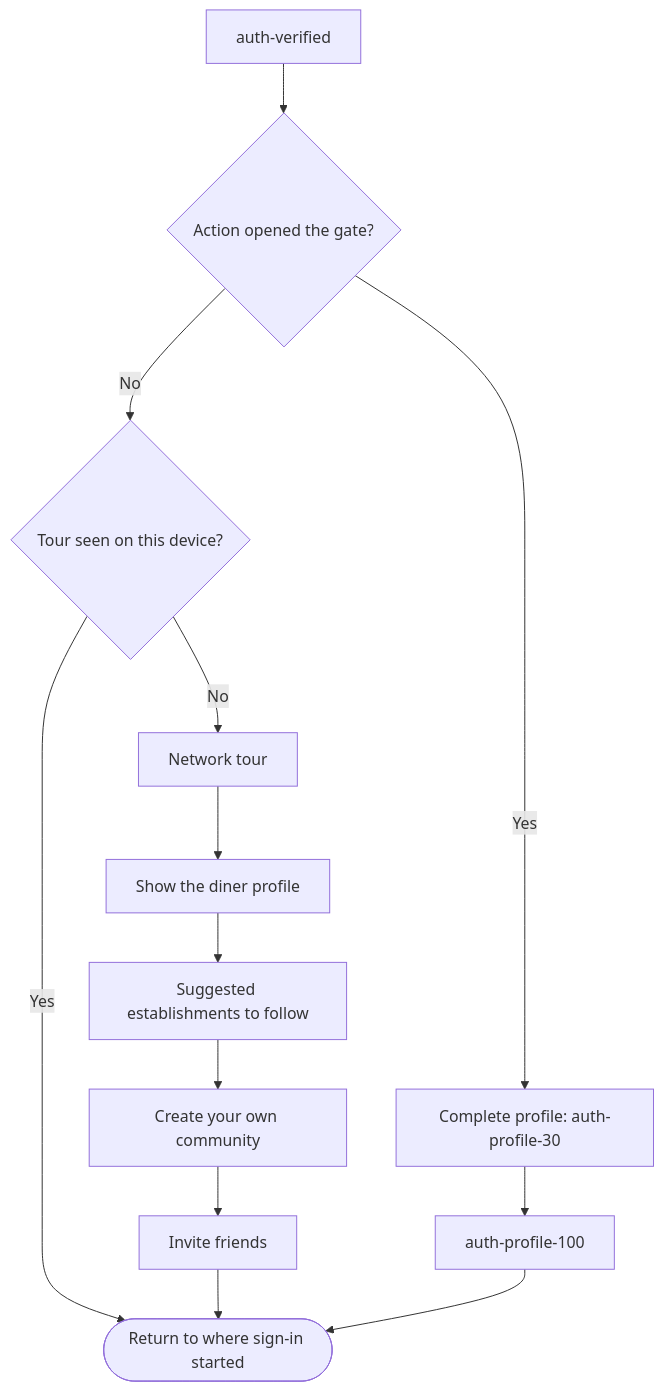
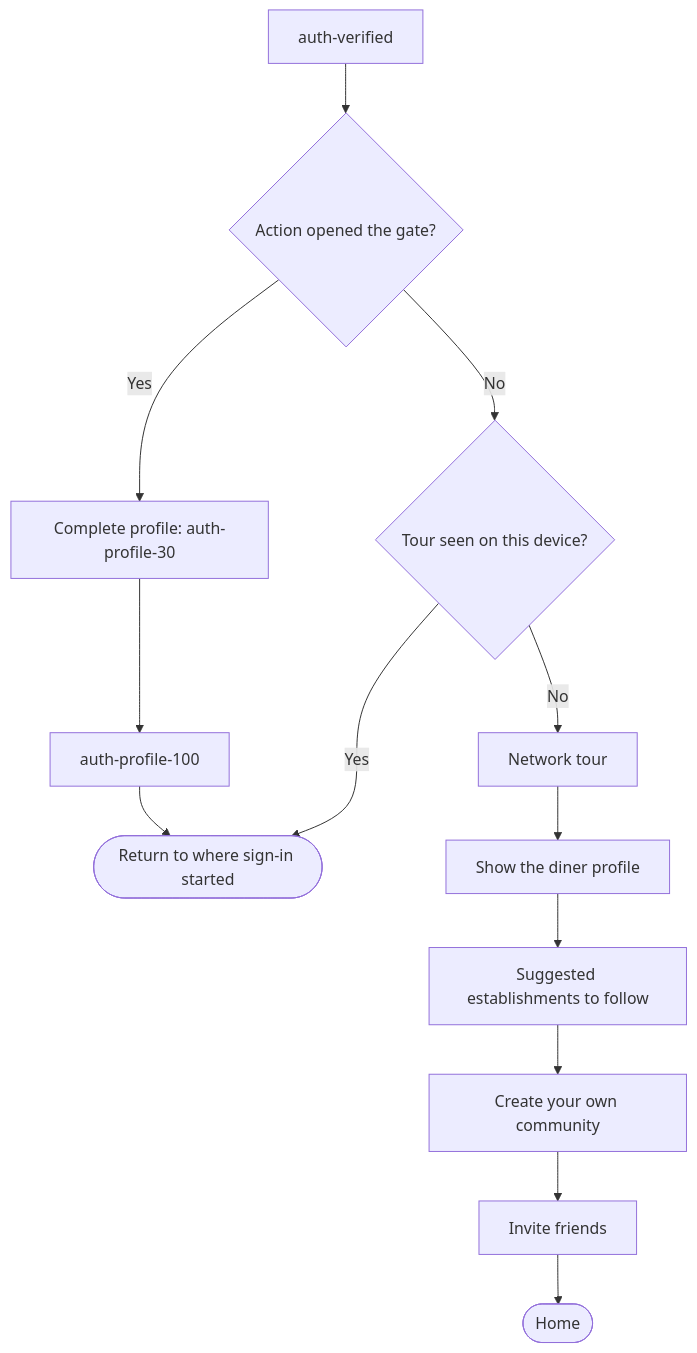
Before and after one commit to bawra11/elite-product: the second of 2 diagrams in product/detail-flows/01-onboarding.md, drawn with Mermaid. The commit also changed other lines of this file and 8 other files, not shown here.

````diff
--- a/product/detail-flows/01-onboarding.md
+++ b/product/detail-flows/01-onboarding.md
@@ -29,15 +29,15 @@
 ```mermaid
 flowchart TD
   verified["auth-verified"] --> gated{Action opened the gate?}
   gated -->|Yes| p30["Complete profile: auth-profile-30"]
   gated -->|No| seen{Tour seen on this device?}
   seen -->|Yes| done([Return to where sign-in started])
   seen -->|No| tour["Network tour"]
   tour --> showProfile["Show the diner profile"]
   showProfile --> suggest["Suggested establishments to follow"]
   suggest --> community["Create your own community"]
   community --> invite["Invite friends"]
-  invite --> done
+  invite --> homeEnd([Home])
   p30 --> p100["auth-profile-100"]
   p100 --> done
 ```
````
